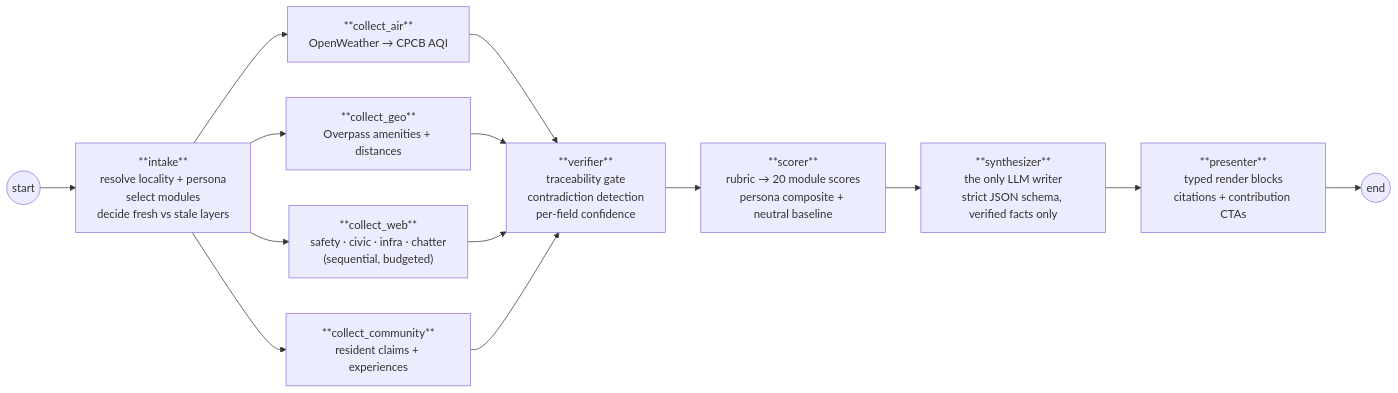
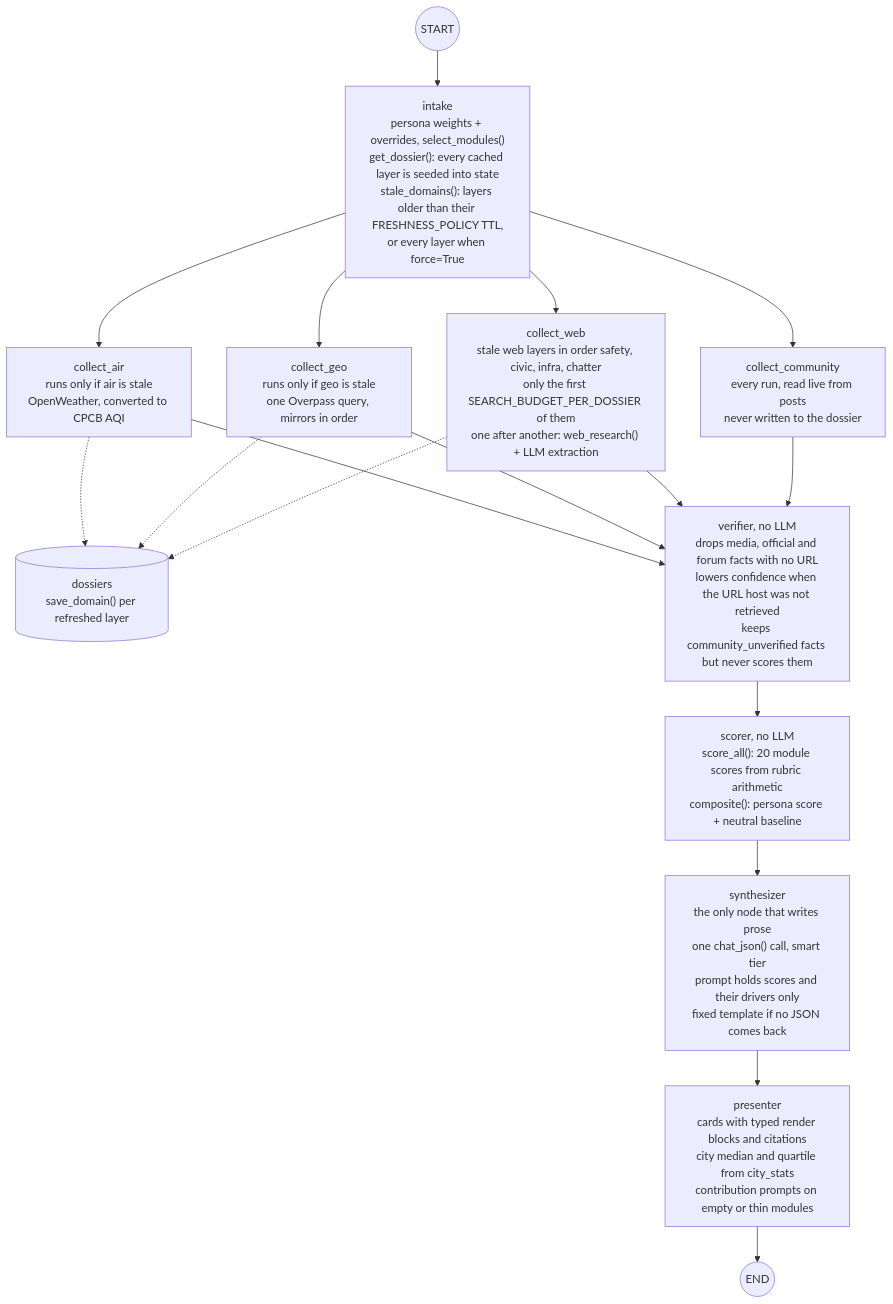
Before and after one commit to Pranay0083/LocalIQ: the first of 5 diagrams in project/docs/02-agent-architecture.md, drawn with Mermaid. The commit also changed other lines of this file and 79 other files, not shown here.

First line of the commit message:
Rewrite project docs, diagrams and screenshots against the code

````diff
--- a/project/docs/02-agent-architecture.md
+++ b/project/docs/02-agent-architecture.md
@@ -8,22 +12,30 @@
 ```mermaid
-flowchart LR
-    START((start)) --> INTAKE
+flowchart TB
+    S(("START")) --> INTAKE["intake<br/>persona weights + overrides, select_modules()<br/>get_dossier(): every cached layer is seeded into state<br/>stale_domains(): layers older than their FRESHNESS_POLICY TTL,<br/>or every layer when force=True"]
 
-    INTAKE["**intake**<br/>resolve locality + persona<br/>select modules<br/>decide fresh vs stale layers"]
+    INTAKE --> AIR
+    INTAKE --> GEO
+    INTAKE --> WEB
+    INTAKE --> COM
 
-    INTAKE --> AIR["**collect_air**<br/>OpenWeather → CPCB AQI"]
-    INTAKE --> GEO["**collect_geo**<br/>Overpass amenities + distances"]
-    INTAKE --> WEB["**collect_web**<br/>safety · civic · infra · chatter<br/>(sequential, budgeted)"]
-    INTAKE --> COM["**collect_community**<br/>resident claims + experiences"]
+    AIR["collect_air<br/>runs only if air is stale<br/>OpenWeather, converted to CPCB AQI"]
+    GEO["collect_geo<br/>runs only if geo is stale<br/>one Overpass query, mirrors in order"]
+    WEB["collect_web<br/>stale web layers in order safety, civic, infra, chatter<br/>only the first SEARCH_BUDGET_PER_DOSSIER of them<br/>one after another: web_research() + LLM extraction"]
+    COM["collect_community<br/>every run, read live from posts<br/>never written to the dossier"]
+
+    DOS[("dossiers<br/>save_domain() per refreshed layer")]
+    AIR -.-> DOS
+    GEO -.-> DOS
+    WEB -.-> DOS
 
     AIR --> VER
     GEO --> VER
     WEB --> VER
     COM --> VER
 
-    VER["**verifier**<br/>traceability gate<br/>contradiction detection<br/>per-field confidence"]
-    VER --> SCO["**scorer**<br/>rubric → 20 module scores<br/>persona composite + neutral baseline"]
-    SCO --> SYN["**synthesizer**<br/>the only LLM writer<br/>strict JSON schema, verified facts only"]
-    SYN --> PRE["**presenter**<br/>typed render blocks<br/>citations + contribution CTAs"]
-    PRE --> END((end))
+    VER["verifier, no LLM<br/>drops media, official and forum facts with no URL<br/>lowers confidence when the URL host was not retrieved<br/>keeps community_unverified facts but never scores them"]
+    VER --> SCO["scorer, no LLM<br/>score_all(): 20 module scores from rubric arithmetic<br/>composite(): persona score + neutral baseline"]
+    SCO --> SYN["synthesizer<br/>the only node that writes prose<br/>one chat_json() call, smart tier<br/>prompt holds scores and their drivers only<br/>fixed template if no JSON comes back"]
+    SYN --> PRE["presenter<br/>cards with typed render blocks and citations<br/>city median and quartile from city_stats<br/>contribution prompts on empty or thin modules"]
+    PRE --> E(("END"))
 ```
````
